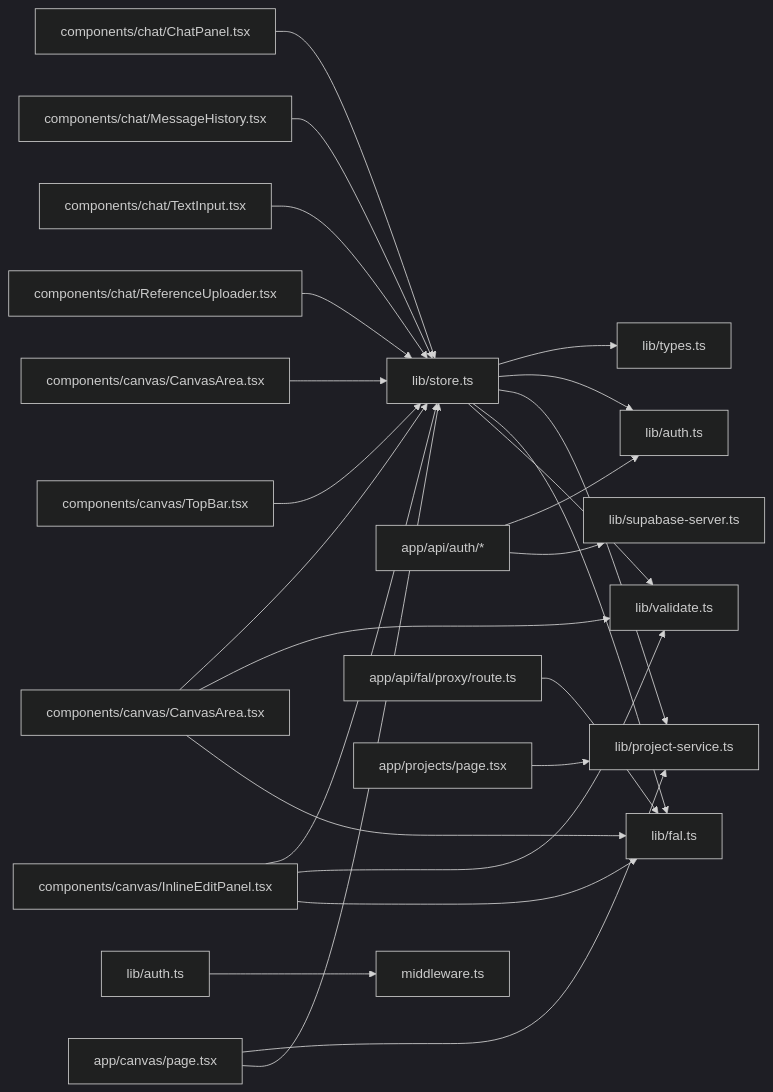
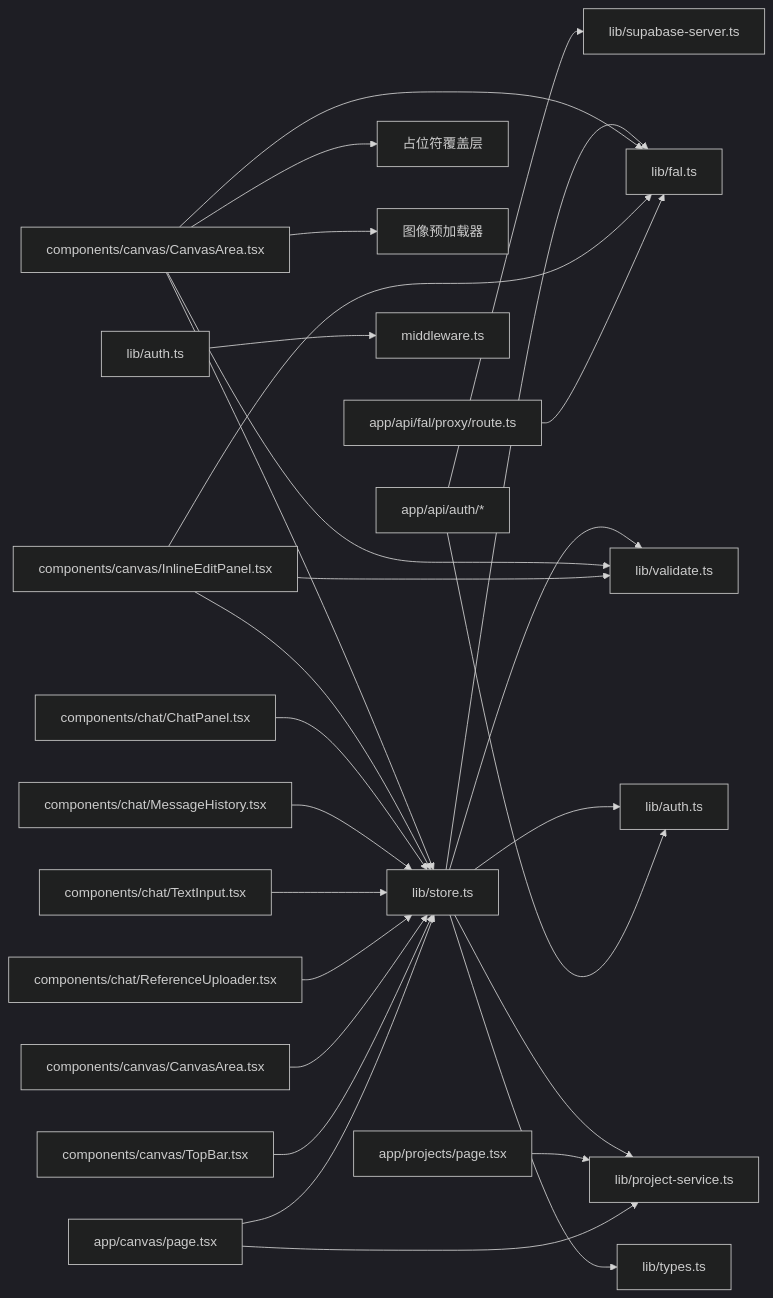
One commit to billye220670/BananaFlow2 changed diagram 16 of 18 in .qoder/repowiki/zh/content/状态管理系统.md. Above: the diagram before and after it, drawn with Mermaid (dark theme). The commit also changed other lines of this file and 6 other files, not shown here.

````diff
--- a/.qoder/repowiki/zh/content/状态管理系统.md
+++ b/.qoder/repowiki/zh/content/状态管理系统.md
@@ -1026,27 +745,29 @@
 ```mermaid
 graph LR
 Store[lib/store.ts] --> Types[lib/types.ts]
 Store --> Auth[lib/auth.ts]
 Store --> ProjectService[lib/project-service.ts]
 Store --> FAL[lib/fal.ts]
 Store --> Validate[lib/validate.ts]
 Canvas[components/canvas/CanvasArea.tsx] --> Store
 Canvas --> Validate
 Canvas --> FAL
+Canvas --> PlaceholderOverlay[占位符覆盖层]
+Canvas --> ImagePreloader[图像预加载器]
 InlineEdit[components/canvas/InlineEditPanel.tsx] --> Store
 InlineEdit --> Validate
 InlineEdit --> FAL
 ChatPanel[components/chat/ChatPanel.tsx] --> Store
 MessageHistory[components/chat/MessageHistory.tsx] --> Store
 TextInput[components/chat/TextInput.tsx] --> Store
 ReferenceUploader[components/chat/ReferenceUploader.tsx] --> Store
 MarkerOverlay[components/canvas/CanvasArea.tsx] --> Store
 TopBar[components/canvas/TopBar.tsx] --> Store
 AuthAPI[app/api/auth/*] --> Auth
 AuthAPI --> Supabase[lib/supabase-server.ts]
 JWT[lib/auth.ts] --> Middleware[middleware.ts]
 Proxy[app/api/fal/proxy/route.ts] --> FAL
 ProjectPage[app/projects/page.tsx] --> ProjectService
 CanvasPage[app/canvas/page.tsx] --> ProjectService
 CanvasPage --> Store
 ```
````
